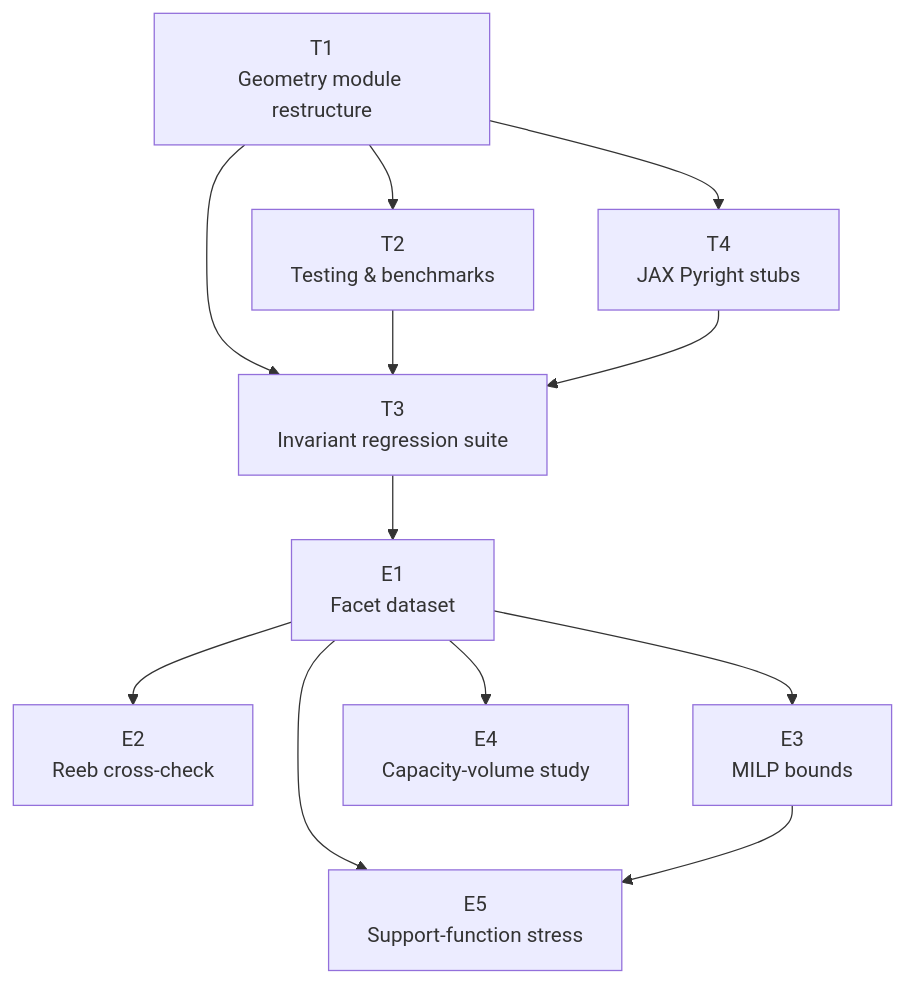
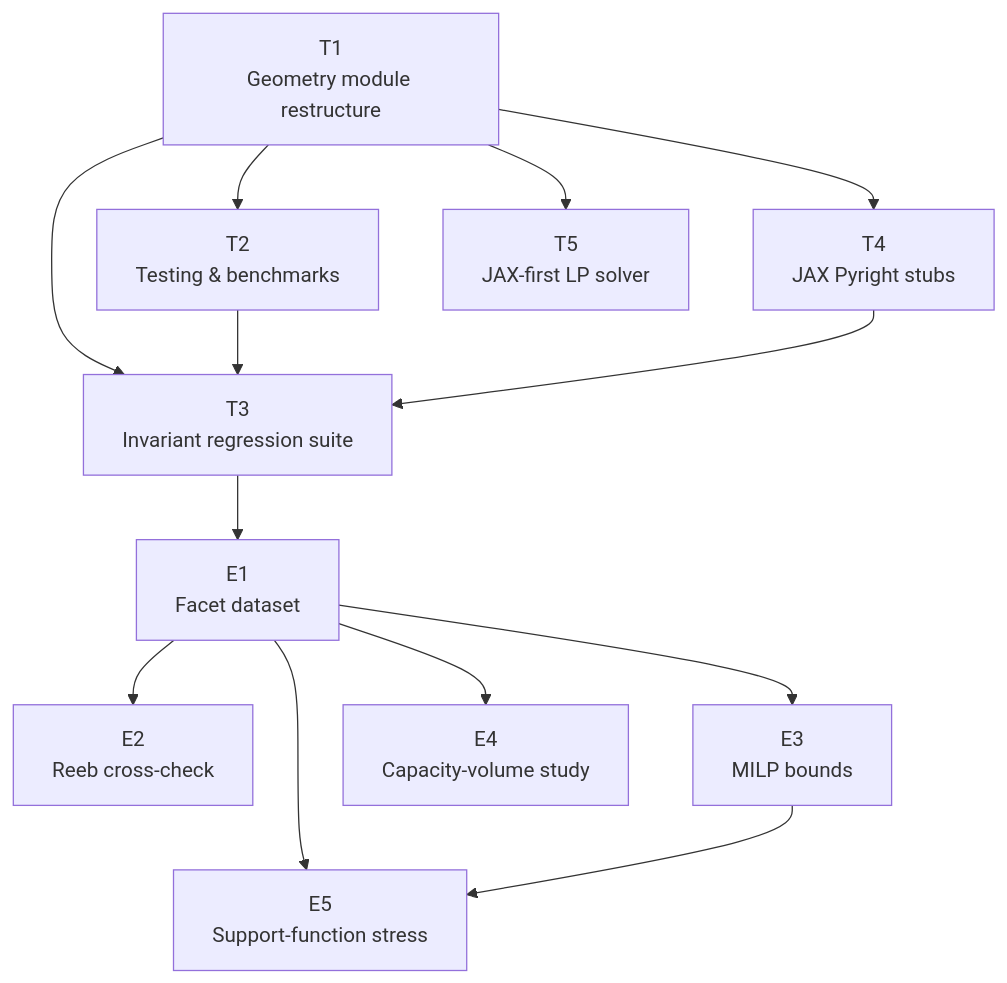
One commit to JoernStoehler/msc-math-viterbo changed the diagram in docs/tasks/02-task-portfolio.md. Above: the diagram before and after it, drawn with Mermaid. The commit also changed other lines of this file and 59 other files, not shown here.

````diff
--- a/docs/tasks/02-task-portfolio.md
+++ b/docs/tasks/02-task-portfolio.md
@@ -29,14 +29,15 @@
 ```mermaid
 graph TD
   T1["T1\nGeometry module restructure"] --> T2["T2\nTesting & benchmarks"]
   T1 --> T3["T3\nInvariant regression suite"]
   T1 --> T4["T4\nJAX Pyright stubs"]
+  T1 --> T5["T5\nJAX-first LP solver"]
   T2 --> T3
   T4 --> T3
   T3 --> E1["E1\nFacet dataset"]
   E1 --> E2["E2\nReeb cross-check"]
   E1 --> E3["E3\nMILP bounds"]
   E1 --> E4["E4\nCapacity-volume study"]
   E1 --> E5["E5\nSupport-function stress"]
   E3 --> E5
 ```
````
